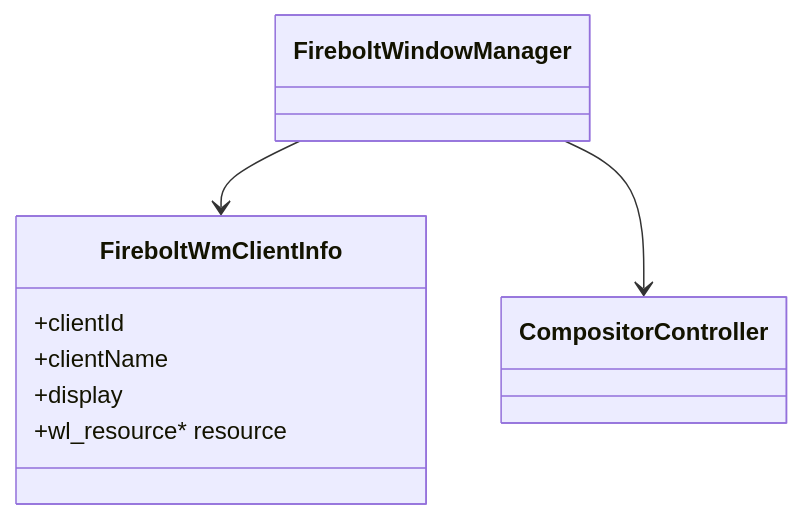
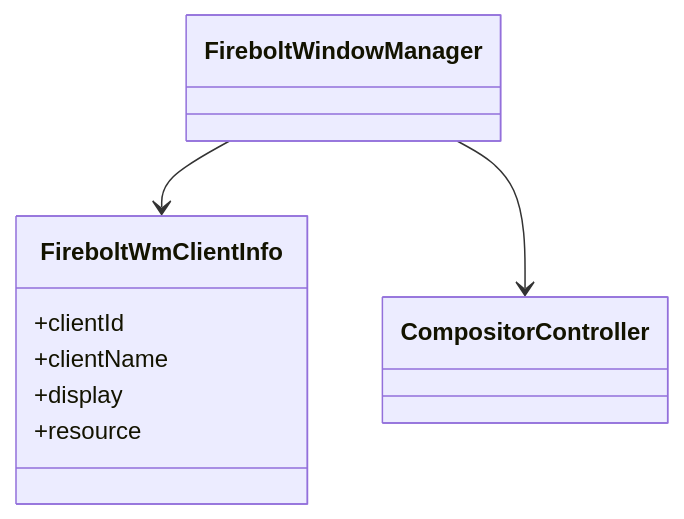
The third of 4 diagrams in docs/firebolt-wm/firebolt-wm.md (rdkcentral/rdk-window-manager), drawn with Mermaid before and after one commit. The commit also changed 2 other files, not shown here.

Commit message:
Fixed diagram and structural errors

````diff
--- a/docs/firebolt-wm/firebolt-wm.md
+++ b/docs/firebolt-wm/firebolt-wm.md
@@ -87,13 +87,13 @@
 ```mermaid
 classDiagram
     class FireboltWindowManager
     class FireboltWmClientInfo {
       +clientId
       +clientName
       +display
-      +wl_resource* resource
+            +resource
     }
     class CompositorController
     FireboltWindowManager --> FireboltWmClientInfo
     FireboltWindowManager --> CompositorController
 ```
````
